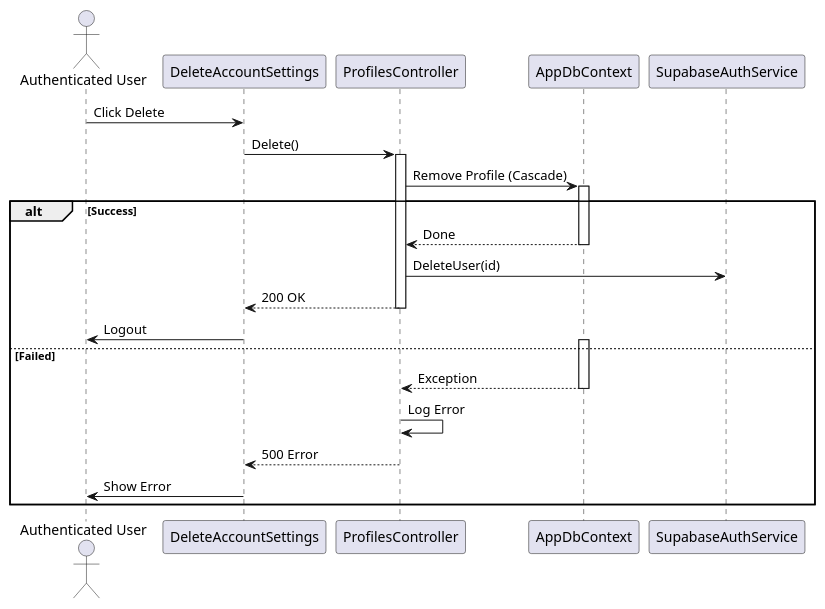
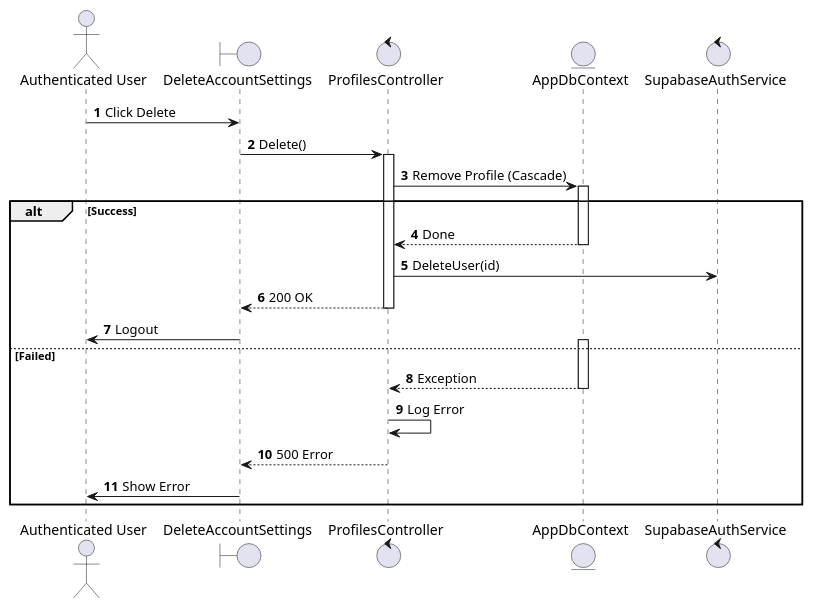
The eighth of 8 diagrams in UC_2.1.9_Adjust_User_Settings.md (I-Love-U-3000/Favi-BE), drawn with PlantUML before and after one commit. The commit also changed other lines of this file and 36 other files, not shown here.

````diff
--- a/UC_2.1.9_Adjust_User_Settings.md
+++ b/UC_2.1.9_Adjust_User_Settings.md
@@ -238,31 +302,32 @@
 ```plantuml
 @startuml
+autonumber
 actor "Authenticated User" as User
-participant "DeleteAccountSettings" as View
-participant "ProfilesController" as Controller
-participant "AppDbContext" as DB
-participant "SupabaseAuthService" as Auth
+boundary "DeleteAccountSettings" as View
+control "ProfilesController" as Controller
+entity "AppDbContext" as DB
+control "SupabaseAuthService" as Auth
 
 User -> View: Click Delete
 View -> Controller: Delete()
 activate Controller
 Controller -> DB: Remove Profile (Cascade)
 activate DB
 alt Success
     DB --> Controller: Done
     deactivate DB
     Controller -> Auth: DeleteUser(id)
     Controller --> View: 200 OK
     deactivate Controller
     View -> User: Logout
 else Failed
     activate DB
     DB --> Controller: Exception
     deactivate DB
     Controller -> Controller: Log Error
     Controller --> View: 500 Error
     deactivate Controller
     View -> User: Show Error
 end
 @enduml
 ```
````
